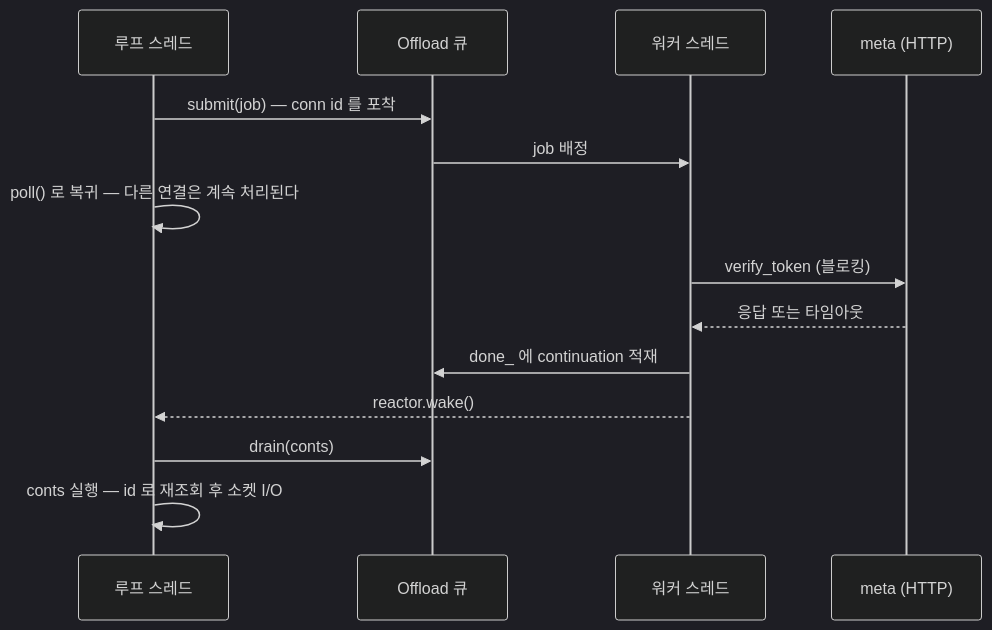
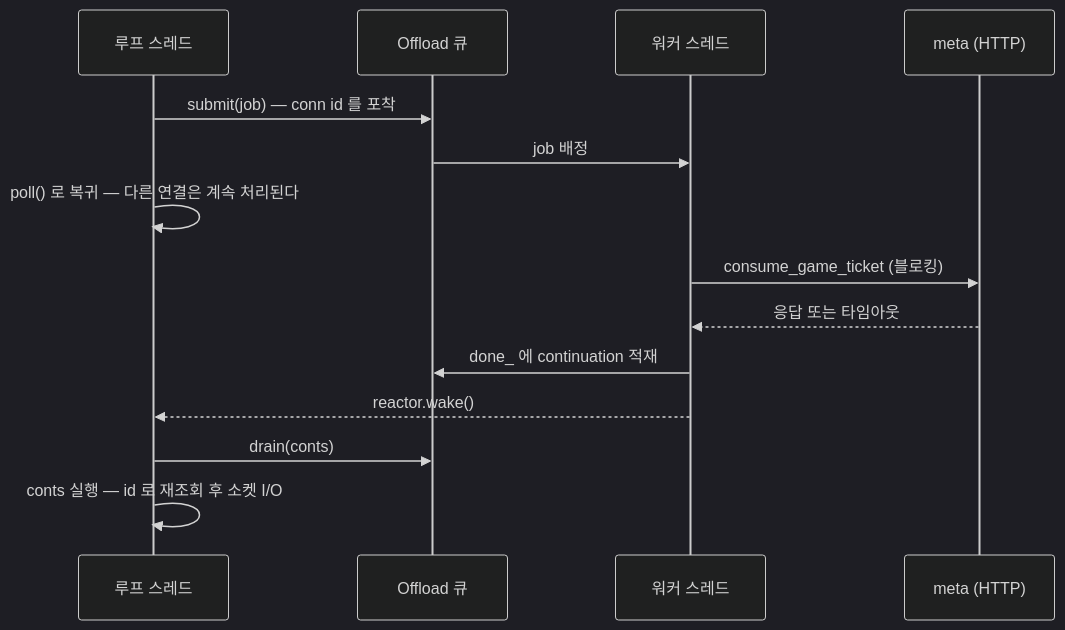
One commit to Rein-ArXiv/Tetris-Multiplayer-RL changed the sixth of 10 diagrams in docs/blog/part14-event-loop-scaling.md. Above: the diagram before and after it, drawn with Mermaid (dark theme). The commit also changed other lines of this file and 91 other files, not shown here.

````diff
--- a/docs/blog/part14-event-loop-scaling.md
+++ b/docs/blog/part14-event-loop-scaling.md
@@ -1337,16 +1339,16 @@
 ```mermaid
 sequenceDiagram
     participant L as 루프 스레드
     participant Q as Offload 큐
     participant W as 워커 스레드
     participant M as meta (HTTP)
     L->>Q: submit(job) — conn id 를 포착
     Q->>W: job 배정
     L->>L: poll() 로 복귀 — 다른 연결은 계속 처리된다
-    W->>M: verify_token (블로킹)
+    W->>M: consume_game_ticket (블로킹)
     M-->>W: 응답 또는 타임아웃
     W->>Q: done_ 에 continuation 적재
     W-->>L: reactor.wake()
     L->>Q: drain(conts)
     L->>L: conts 실행 — id 로 재조회 후 소켓 I/O
 ```
````
